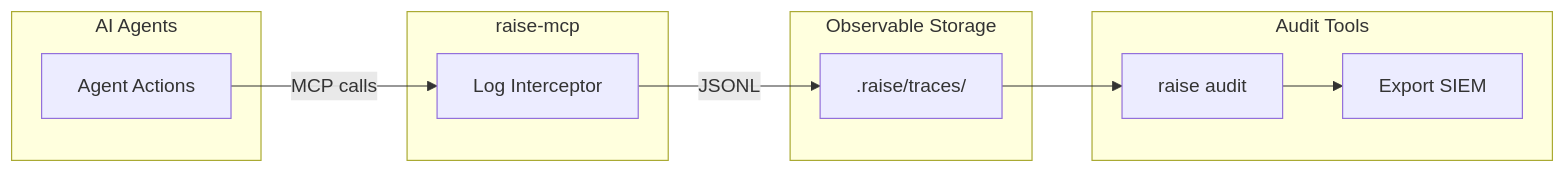
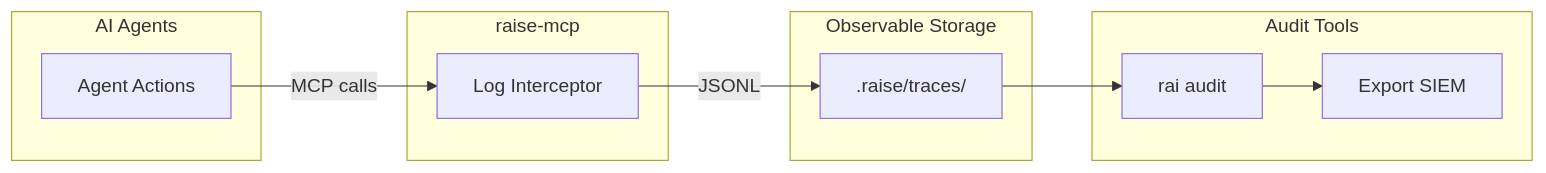
The second of 4 diagrams in framework/reference/compliance.md (humansys/raise), drawn with Mermaid before and after one commit. The commit also changed other lines of this file and 3 other files, not shown here.

First line of the commit message:
fix(RAISE-735): rename stale 'raise' → 'rai' in framework docs

````diff
--- a/framework/reference/compliance.md
+++ b/framework/reference/compliance.md
@@ -122,24 +122,24 @@
 ```mermaid
 graph LR
     subgraph Agents["AI Agents"]
         A["Agent Actions"]
     end
     
     subgraph MCP["raise-mcp"]
         L["Log Interceptor"]
     end
     
     subgraph Storage["Observable Storage"]
         T[".raise/traces/"]
     end
     
     subgraph Analysis["Audit Tools"]
-        R["raise audit"]
+        R["rai audit"]
         E["Export SIEM"]
     end
     
     A -->|MCP calls| L
     L -->|JSONL| T
     T --> R
     R --> E
 ```
````
